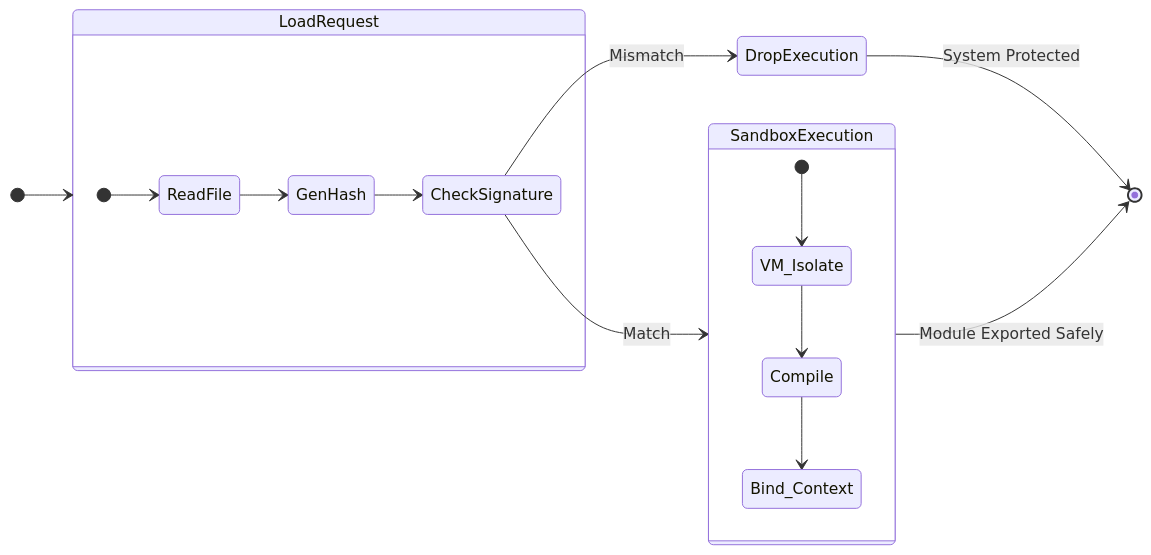
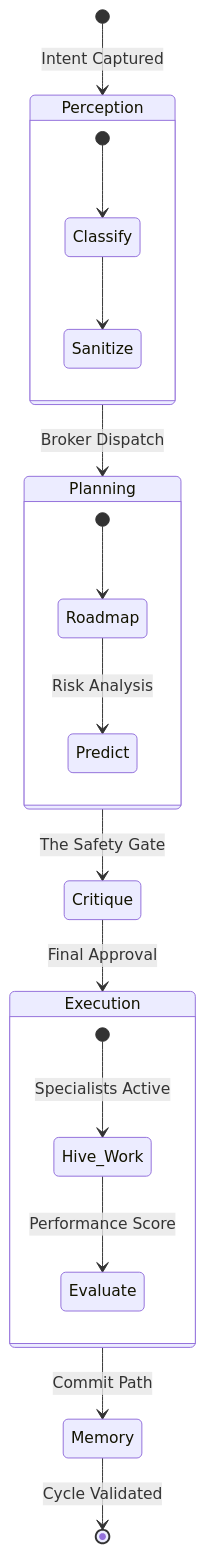
Before and after one commit to 4citeB4U/LeeWay-Standards: the diagram in Docs/05_Governance_and_Runtime.md, drawn with Mermaid. The commit also changed other lines of this file and 28 other files, not shown here.

````diff
--- a/Docs/05_Governance_and_Runtime.md
+++ b/Docs/05_Governance_and_Runtime.md
@@ -7,23 +9,30 @@
 ```mermaid
 stateDiagram-v2
-    direction LR
-    [*] --> LoadRequest
+    direction TB
+    [*] --> Perception: Intent Captured
     
-    state LoadRequest {
-        [*] --> ReadFile
-        ReadFile --> GenHash
-        GenHash --> CheckSignature
+    state Perception {
+        [*] --> Classify
+        Classify --> Sanitize
     }
     
-    CheckSignature --> SandboxExecution : Match
-    CheckSignature --> DropExecution : Mismatch
+    Perception --> Planning: Broker Dispatch
     
-    state SandboxExecution {
-        [*] --> VM_Isolate
-        VM_Isolate --> Compile
-        Compile --> Bind_Context
+    state Planning {
+        [*] --> Roadmap
+        Roadmap --> Predict: Risk Analysis
     }
     
-    SandboxExecution --> [*]: Module Exported Safely
-    DropExecution --> [*]: System Protected
+    Planning --> Critique: The Safety Gate
+    
+    Critique --> Execution: Final Approval
+    
+    state Execution {
+        [*] --> Hive_Work: Specialists Active
+        Hive_Work --> Evaluate: Performance Score
+    }
+    
+    Execution --> Memory: Commit Path
+    
+    Memory --> [*]: Cycle Validated
 ```
````
